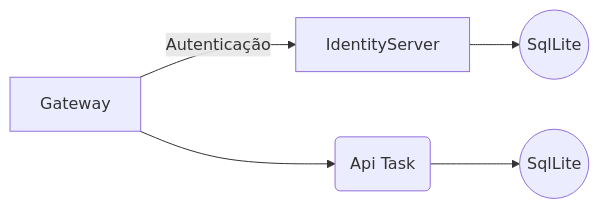
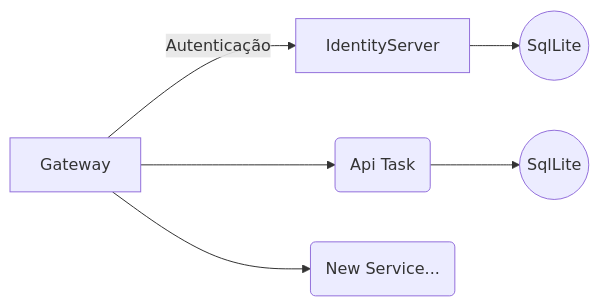
The diagram in README.md (AdrianoGuzzo/PontaChallenge), drawn with Mermaid before and after one commit.

````diff
--- a/README.md
+++ b/README.md
@@ -96,7 +96,8 @@
 ```mermaid
 graph LR
 A[Gateway] -- Autenticação --> B[IdentityServer]
 A --> C(Api Task)
+A --> F(New Service...)
 B --> D((SqlLite))
 C --> E((SqlLite))
 ```
````
